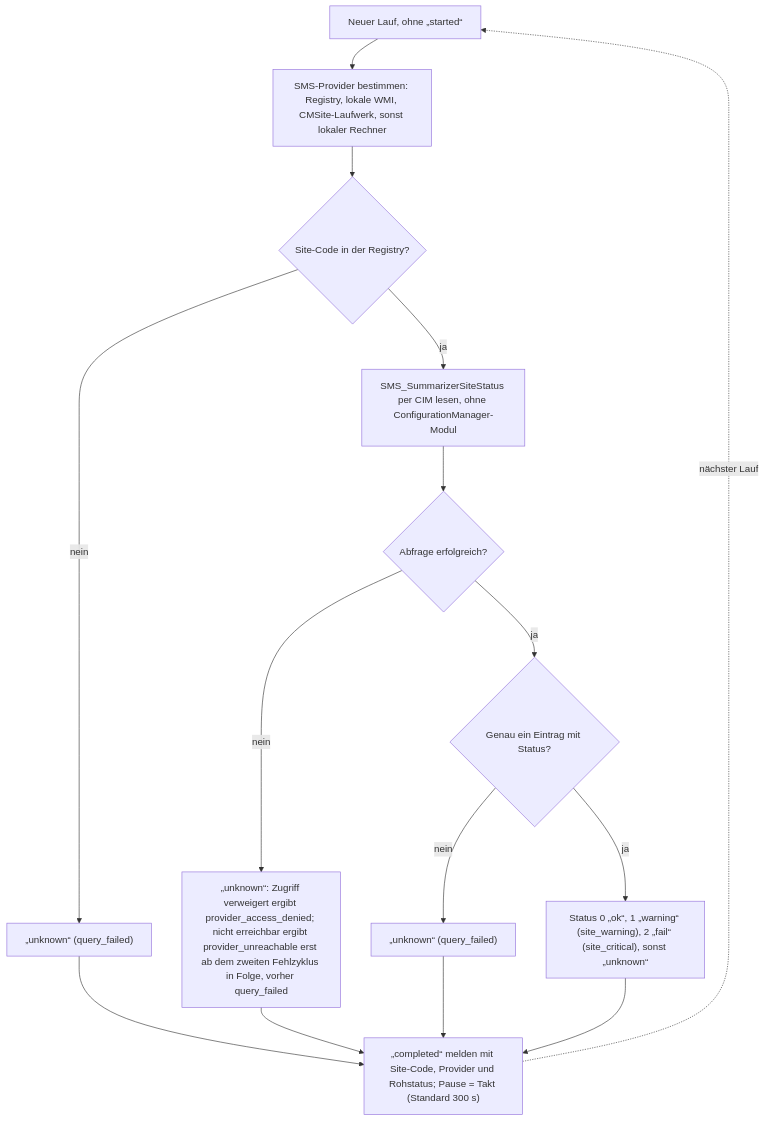
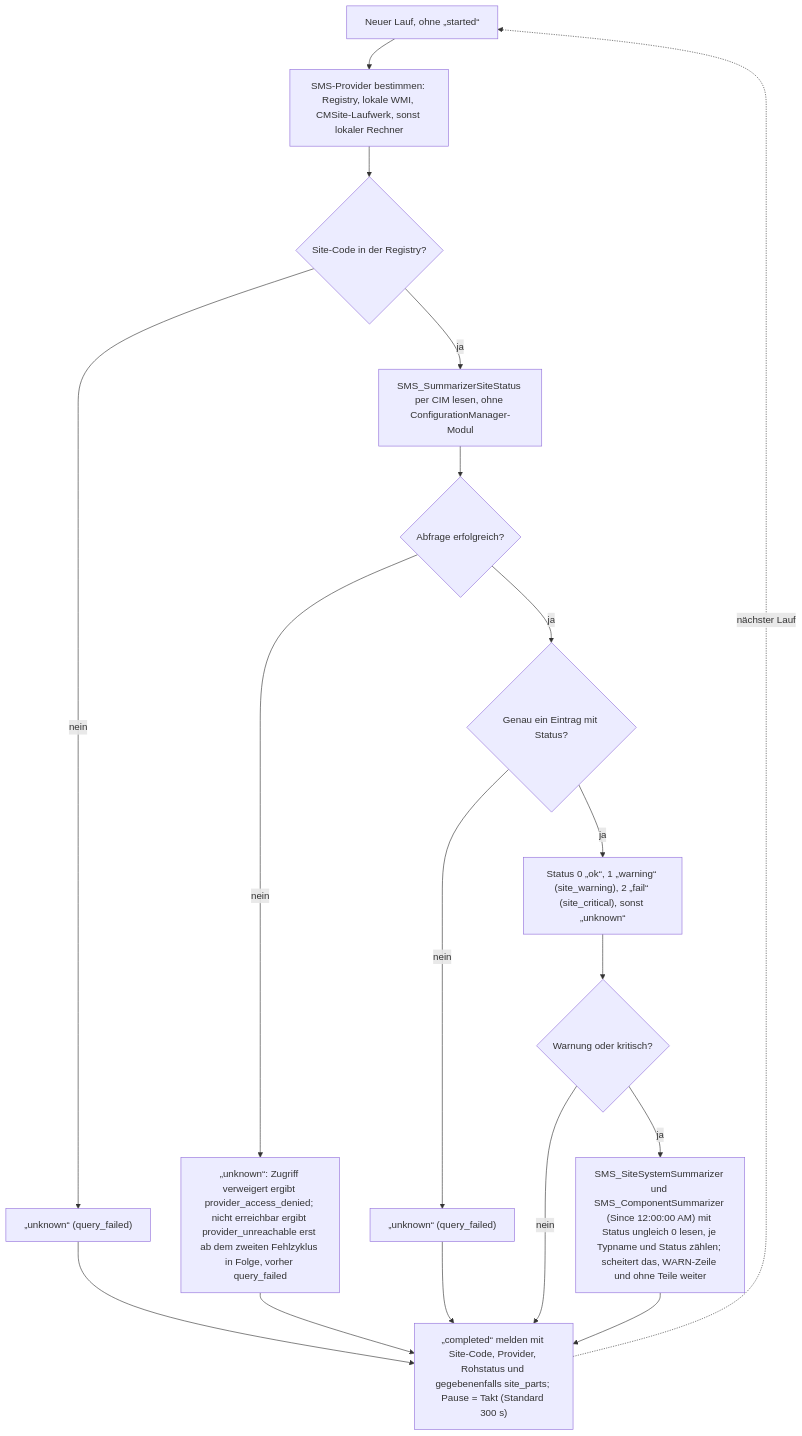
The fifth of 5 diagrams in docs/operations/mecm-scheduled-tasks.md (Samy94M/VirtuSphere-v2-WebApp), drawn with Mermaid before and after one commit. The commit also changed other lines of this file and 33 other files, not shown here.

````diff
--- a/docs/operations/mecm-scheduled-tasks.md
+++ b/docs/operations/mecm-scheduled-tasks.md
@@ -163,14 +163,17 @@
 ```mermaid
 flowchart TD
   S["Neuer Lauf, ohne „started“"] --> P["SMS-Provider bestimmen: Registry, lokale WMI, CMSite-Laufwerk, sonst lokaler Rechner"]
   P --> K{"Site-Code in der Registry?"}
   K -->|nein| U1["„unknown“ (query_failed)"] --> R
   K -->|ja| Q["SMS_SummarizerSiteStatus per CIM lesen, ohne ConfigurationManager-Modul"]
   Q --> QA{"Abfrage erfolgreich?"}
   QA -->|nein| U2["„unknown“: Zugriff verweigert ergibt provider_access_denied; nicht erreichbar ergibt provider_unreachable erst ab dem zweiten Fehlzyklus in Folge, vorher query_failed"] --> R
   QA -->|ja| E{"Genau ein Eintrag mit Status?"}
   E -->|nein| U3["„unknown“ (query_failed)"] --> R
   E -->|ja| M["Status 0 „ok“, 1 „warning“ (site_warning), 2 „fail“ (site_critical), sonst „unknown“"]
-  M --> R["„completed“ melden mit Site-Code, Provider und Rohstatus; Pause = Takt (Standard 300 s)"]
+  M --> W{"Warnung oder kritisch?"}
+  W -->|nein| R
+  W -->|ja| T["SMS_SiteSystemSummarizer und SMS_ComponentSummarizer (Since 12:00:00 AM) mit Status ungleich 0 lesen, je Typname und Status zählen; scheitert das, WARN-Zeile und ohne Teile weiter"] --> R
+  R["„completed“ melden mit Site-Code, Provider, Rohstatus und gegebenenfalls site_parts; Pause = Takt (Standard 300 s)"]
   R -.->|nächster Lauf| S
 ```
````
